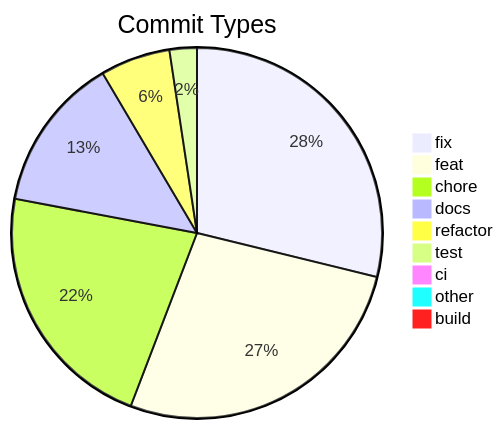
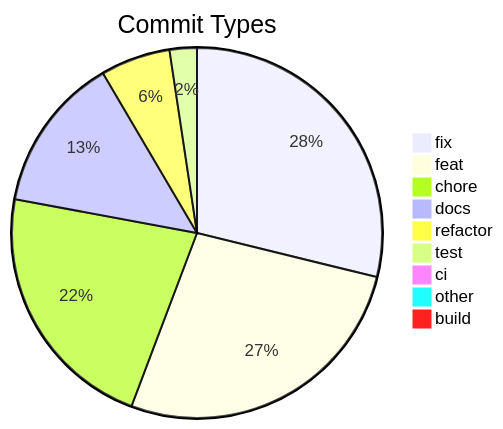
One commit to svenroth-ai/shipwright changed the diagram in .shipwright/compliance/change-history.md. Above: the diagram before and after it, drawn with Mermaid. The commit also changed other lines of this file and 7 other files, not shown here.

````diff
--- a/.shipwright/compliance/change-history.md
+++ b/.shipwright/compliance/change-history.md
@@ -8,12 +8,12 @@
 ```mermaid
 pie title Commit Types
-    "fix" : 302
+    "fix" : 303
     "feat" : 283
-    "chore" : 232
-    "docs" : 142
+    "chore" : 233
+    "docs" : 143
     "refactor" : 64
     "test" : 25
-    "ci" : 7
+    "ci" : 8
     "other" : 7
     "build" : 1
 ```
````
